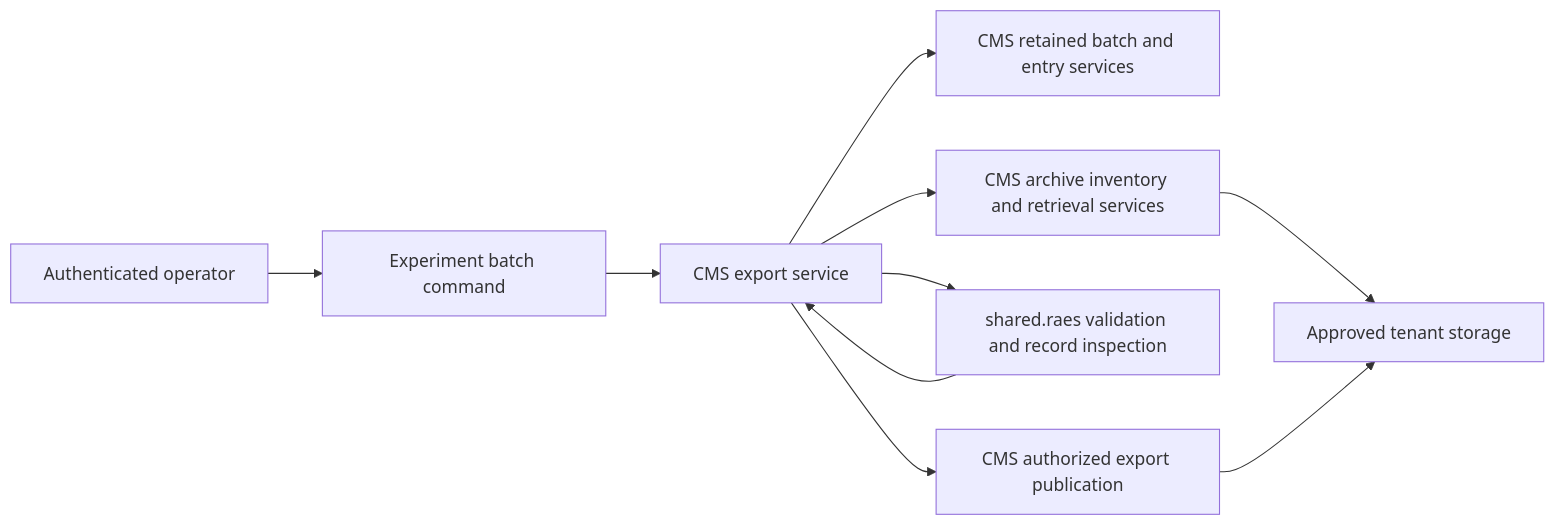
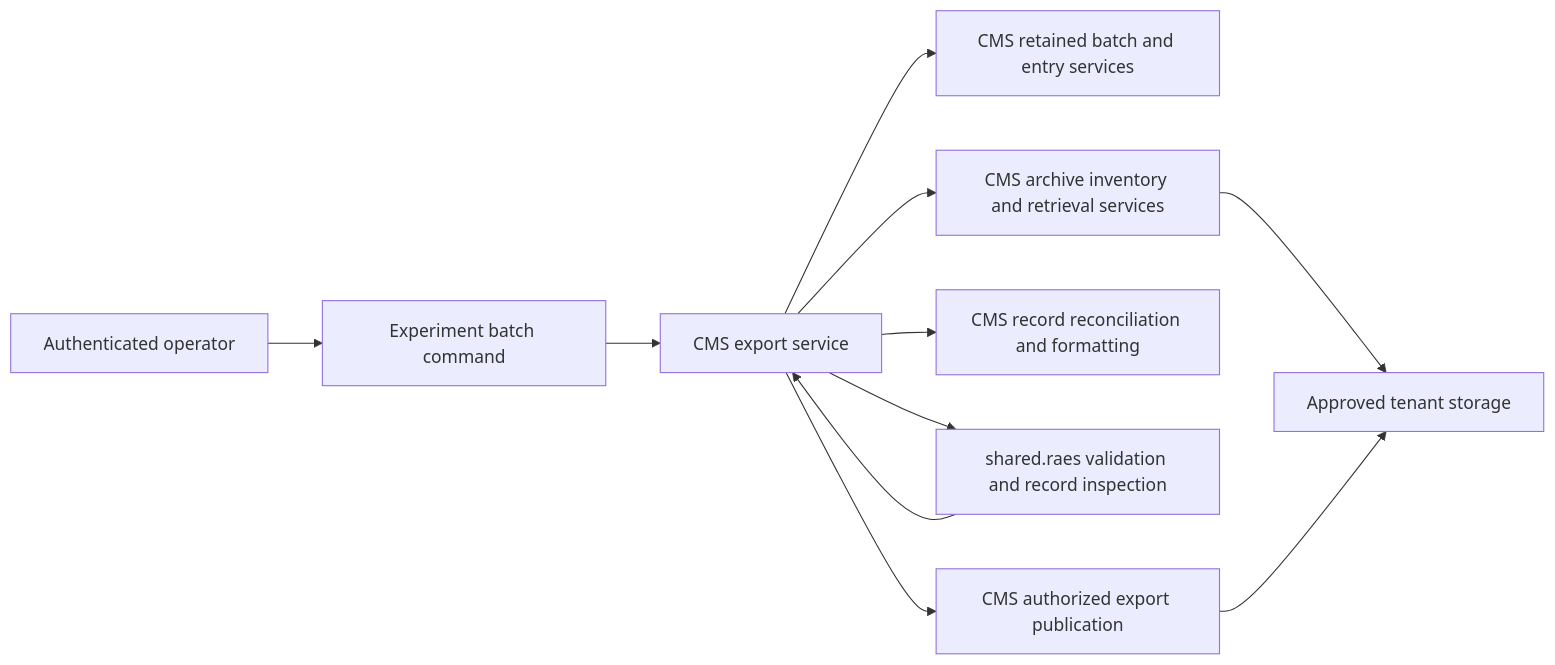
The diagram in docs/architecture/experiment-result-exports.md (OpenRAE/bigrae), drawn with Mermaid before and after one commit. The commit also changed other lines of this file and 9 other files, not shown here.

Commit message:
refactor(experiments): simplify export records and publication

````diff
--- a/docs/architecture/experiment-result-exports.md
+++ b/docs/architecture/experiment-result-exports.md
@@ -10,12 +10,13 @@
 ```mermaid
 flowchart LR
     Operator[Authenticated operator] --> Command[Experiment batch command]
     Command --> Export[CMS export service]
     Export --> Admission[CMS retained batch and entry services]
     Export --> Custody[CMS archive inventory and retrieval services]
     Custody --> Originals[Approved tenant storage]
+    Export --> Records[CMS record reconciliation and formatting]
     Export --> Reader[shared.raes validation and record inspection]
     Reader --> Export
     Export --> Publisher[CMS authorized export publication]
     Publisher --> Originals
 ```
````
